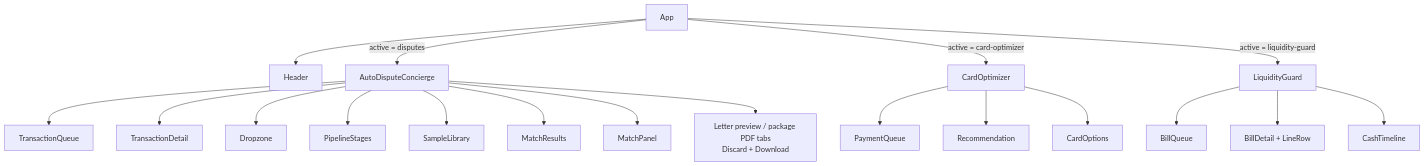
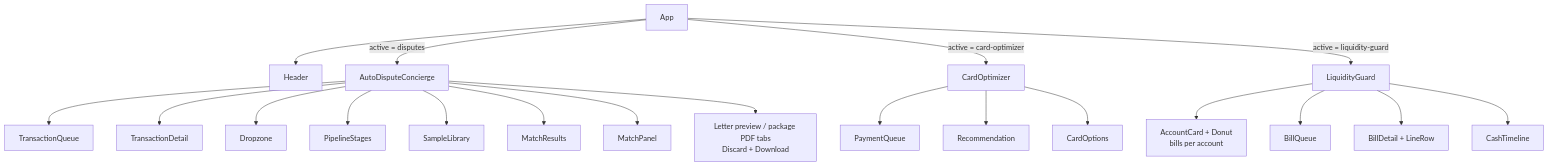
The third of 9 diagrams in docs/ARCHITECTURE.md (rajatrao/payment_intelligence), drawn with Mermaid before and after one commit. The commit also changed other lines of this file and 11 other files, not shown here.

````diff
--- a/docs/ARCHITECTURE.md
+++ b/docs/ARCHITECTURE.md
@@ -166,21 +165,22 @@
 ```mermaid
 flowchart TB
     App --> Header
     App -->|"active = disputes"| ADC["AutoDisputeConcierge"]
     App -->|"active = card-optimizer"| CO["CardOptimizer"]
     App -->|"active = liquidity-guard"| LG["LiquidityGuard"]
+    LG --> AC["AccountCard + Donut<br/>bills per account"]
     LG --> BQ["BillQueue"]
     LG --> BD["BillDetail + LineRow"]
     LG --> CT["CashTimeline"]
     CO --> PQ["PaymentQueue"]
     CO --> Rec["Recommendation"]
     CO --> Opts["CardOptions"]
     ADC --> Queue["TransactionQueue"]
     ADC --> Detail["TransactionDetail"]
     ADC --> Dropzone
     ADC --> PipelineStages
     ADC --> SampleLibrary
     ADC --> MatchResults
     ADC --> MatchPanel
     ADC --> Preview["Letter preview / package PDF tabs<br/>Discard + Download"]
 ```
````
